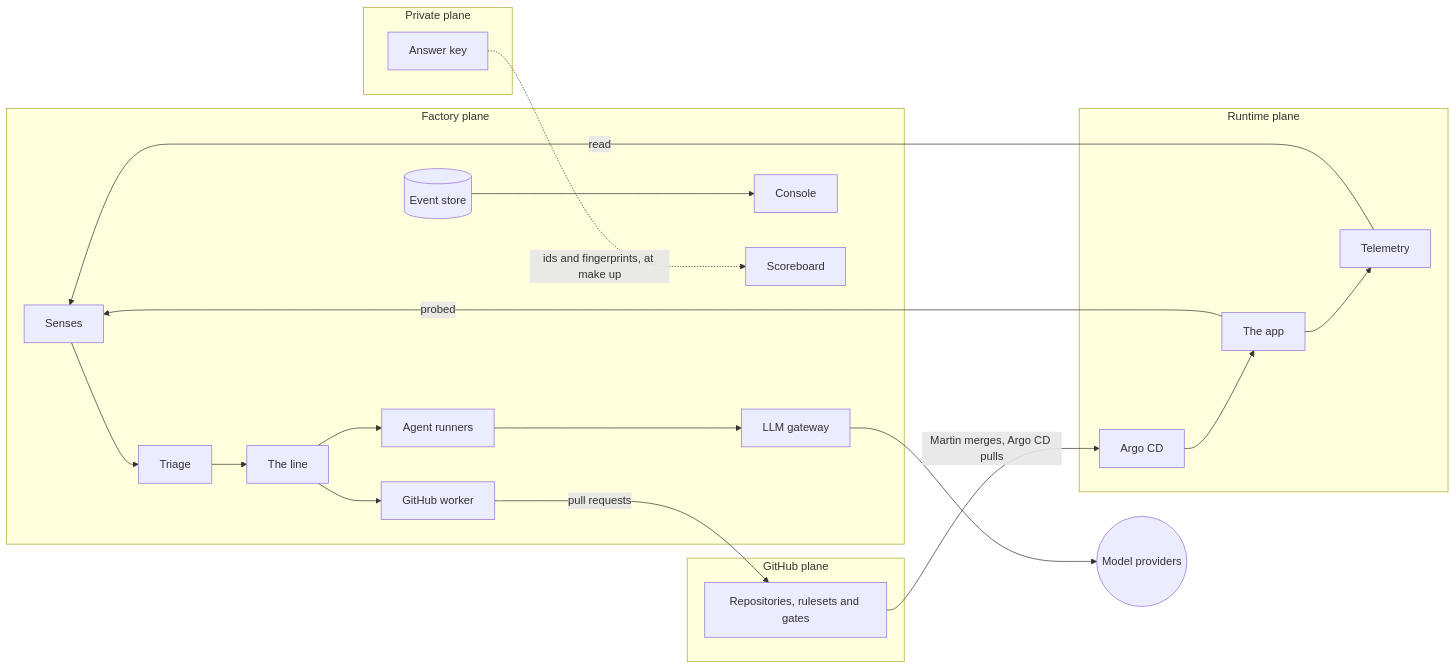
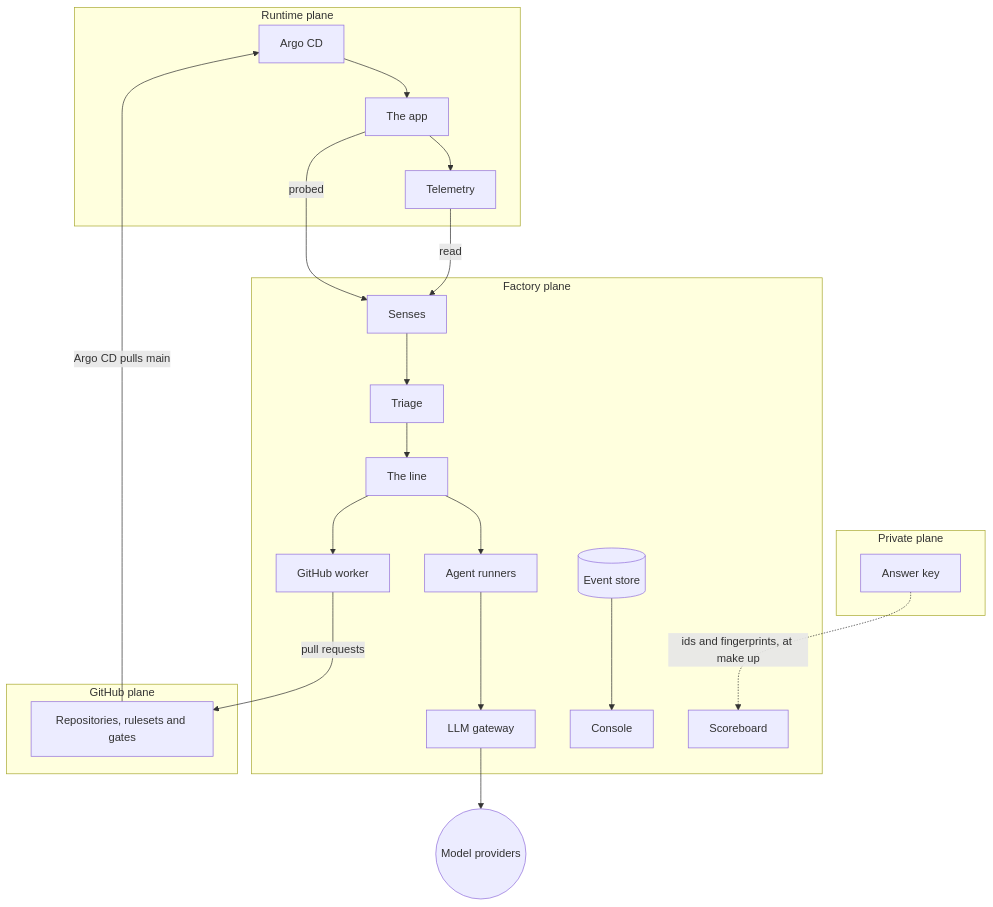
The diagram in docs/COMPONENTS/README.md (mrogan/cv-software-factory), drawn with Mermaid before and after one commit. The commit also changed 3 other files, not shown here.

First line of the commit message:
docs(components): stack the planes diagram, name no merger, fix the intake's reach

````diff
--- a/docs/COMPONENTS/README.md
+++ b/docs/COMPONENTS/README.md
@@ -16,25 +16,25 @@
 ```mermaid
-flowchart LR
+flowchart TB
+  subgraph runtime [Runtime plane]
+    argo[Argo CD] --> app[The app] --> telemetry[Telemetry]
+  end
   subgraph factory [Factory plane]
     senses[Senses] --> triage[Triage] --> line[The line]
     line --> runners[Agent runners] --> gateway[LLM gateway]
     line --> worker[GitHub worker]
     store[(Event store)] --> console[Console]
     scoreboard[Scoreboard]
   end
   subgraph github [GitHub plane]
     repos[Repositories, rulesets and gates]
   end
-  subgraph runtime [Runtime plane]
-    argo[Argo CD] --> app[The app] --> telemetry[Telemetry]
-  end
   subgraph private [Private plane]
     key[Answer key]
   end
-  worker -- pull requests --> repos
-  repos -- "Martin merges, Argo CD pulls" --> argo
   app -- probed --> senses
   telemetry -- read --> senses
+  worker -- pull requests --> repos
+  repos -- "Argo CD pulls main" --> argo
   gateway --> providers((Model providers))
   key -. "ids and fingerprints, at make up" .-> scoreboard
 ```
````
